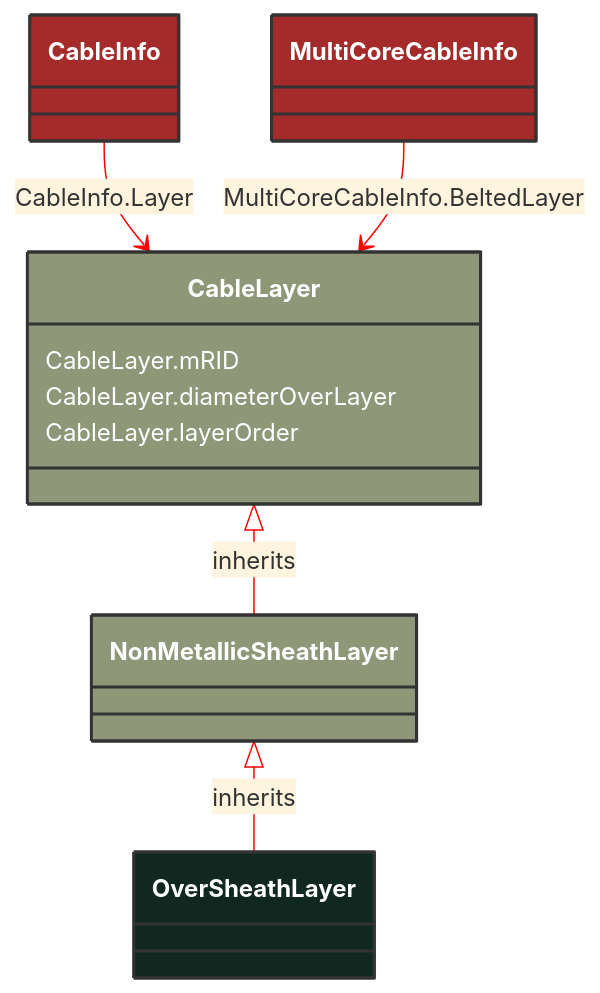
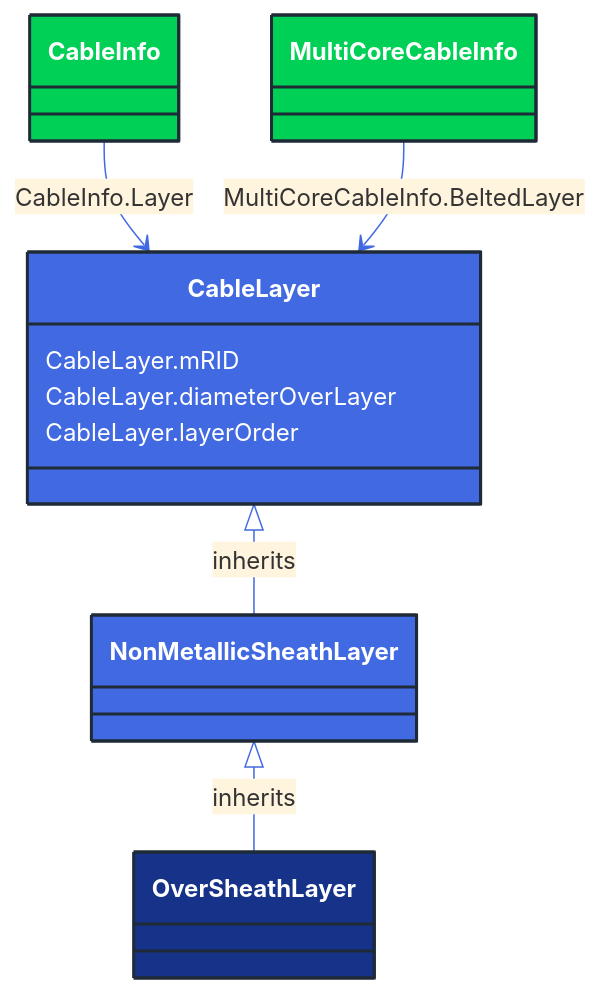
The diagram in docs/Models/Profiles/SubseaCableInfo/ConcreteClasses/OverSheathLayer.md (3lbits/NoCIMExtensions), drawn with Mermaid before and after one commit. The commit also changed 362 other files, not shown here.

First line of the commit message:
Update diagrams and styles for improved visual consistency

````diff
--- a/docs/Models/Profiles/SubseaCableInfo/ConcreteClasses/OverSheathLayer.md
+++ b/docs/Models/Profiles/SubseaCableInfo/ConcreteClasses/OverSheathLayer.md
@@ -8,33 +8,33 @@
 ```mermaid
-%%{init: {'theme':'base','themeVariables': {'lineColor': '#FF0000'}}}%%
+%%{init: {'theme':'base','themeVariables': {'lineColor': '#4169E1'}}}%%
 classDiagram
     class OverSheathLayer
     click OverSheathLayer href "/Models/Profiles/SubseaCableInfo/ConcreteClasses/OverSheathLayer/"
-    style OverSheathLayer fill:#102820,stroke:#333,stroke-width:2px,rx:10,ry:10,color:white
+    style OverSheathLayer fill:#163289,stroke:#1F2A37,stroke-width:2px,rx:10,ry:10,color:white
      
         NonMetallicSheathLayer <|-- OverSheathLayer : inherits
             click NonMetallicSheathLayer href "/Models/Profiles/SubseaCableInfo/ConcreteClasses/NonMetallicSheathLayer/"
-            style NonMetallicSheathLayer fill:#8F9779,stroke:#333,stroke-width:2px,rx:10,ry:10,color:white
+            style NonMetallicSheathLayer fill:#4169E1,stroke:#1F2A37,stroke-width:2px,rx:10,ry:10,color:white
      
         CableLayer <|-- NonMetallicSheathLayer : inherits
             click CableLayer href "/Models/Profiles/SubseaCableInfo/AbstractClasses/CableLayer/"
-            style CableLayer fill:#8F9779,stroke:#333,stroke-width:2px,rx:10,ry:10,color:white
+            style CableLayer fill:#4169E1,stroke:#1F2A37,stroke-width:2px,rx:10,ry:10,color:white
 
 
         CableInfo --> CableLayer : CableInfo.Layer
 
         CableInfo
             click CableInfo href "/Models/Profiles/SubseaCableInfo/ConcreteClasses/CableInfo/"
-            style CableInfo fill:#A52A2A,stroke:#333,stroke-width:2px,rx:10,ry:10,color:white
+            style CableInfo fill:#00D156,stroke:#1F2A37,stroke-width:2px,rx:10,ry:10,color:white
 
         MultiCoreCableInfo --> CableLayer : MultiCoreCableInfo.BeltedLayer
 
         MultiCoreCableInfo
             click MultiCoreCableInfo href "/Models/Profiles/SubseaCableInfo/ConcreteClasses/MultiCoreCableInfo/"
-            style MultiCoreCableInfo fill:#A52A2A,stroke:#333,stroke-width:2px,rx:10,ry:10,color:white
+            style MultiCoreCableInfo fill:#00D156,stroke:#1F2A37,stroke-width:2px,rx:10,ry:10,color:white
 
 
         CableLayer : CableLayer.mRID
         CableLayer : CableLayer.diameterOverLayer
         CableLayer : CableLayer.layerOrder
 ```
````
